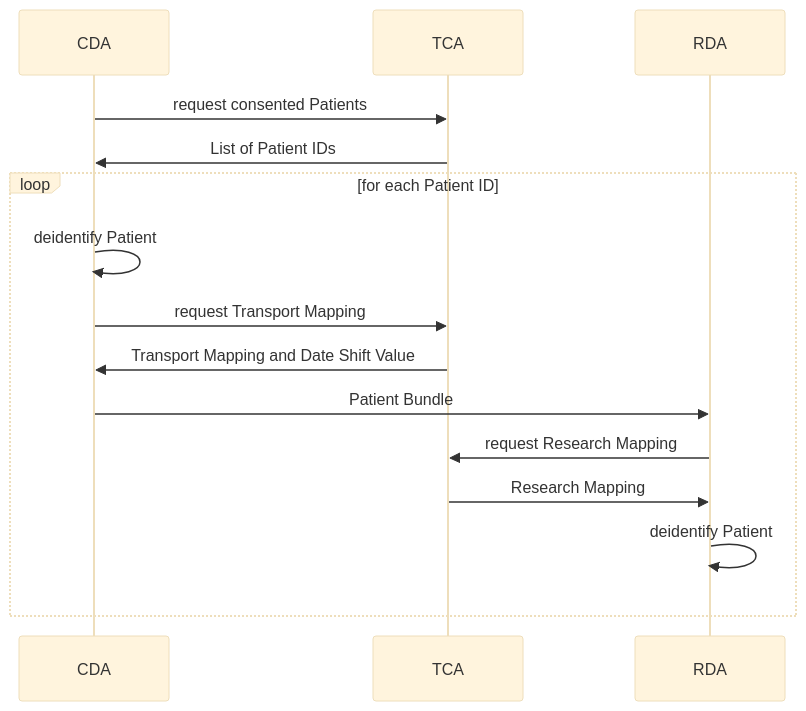
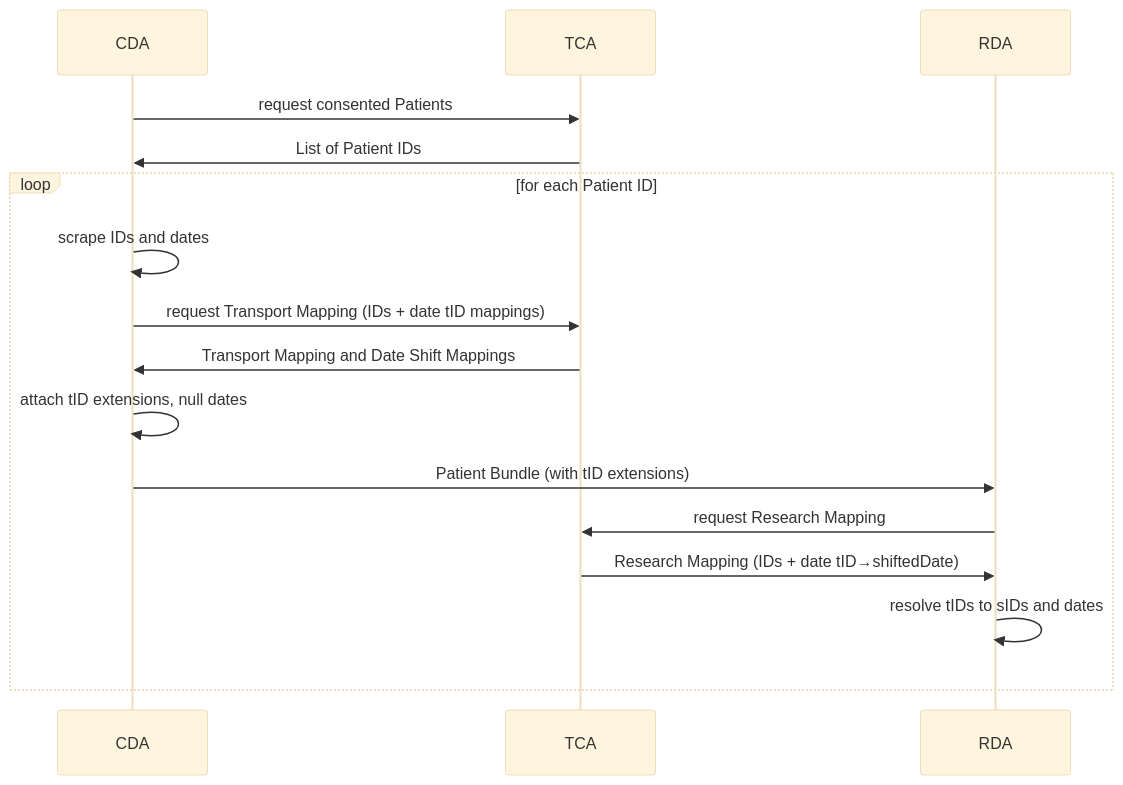
Before and after one commit to medizininformatik-initiative/fts-next: the diagram in docs/usage.md, drawn with Mermaid (base theme). The commit also changed 8 other files, not shown here.

First line of the commit message:
Refactor: Consolidate Date Shift Constants

````diff
--- a/docs/usage.md
+++ b/docs/usage.md
@@ -22,15 +22,16 @@
 ```mermaid
 sequenceDiagram
     CDA ->> TCA: request consented Patients
     TCA ->> CDA: List of Patient IDs
 
     loop for each Patient ID
-        CDA ->> CDA: deidentify Patient
-        CDA ->> TCA: request Transport Mapping
-        TCA ->> CDA: Transport Mapping and Date Shift Value
-        CDA ->> RDA: Patient Bundle
+        CDA ->> CDA: scrape IDs and dates
+        CDA ->> TCA: request Transport Mapping (IDs + date tID mappings)
+        TCA ->> CDA: Transport Mapping and Date Shift Mappings
+        CDA ->> CDA: attach tID extensions, null dates
+        CDA ->> RDA: Patient Bundle (with tID extensions)
         RDA ->> TCA: request Research Mapping
-        TCA ->> RDA: Research Mapping
-        RDA ->> RDA: deidentify Patient
+        TCA ->> RDA: Research Mapping (IDs + date tID→shiftedDate)
+        RDA ->> RDA: resolve tIDs to sIDs and dates
     end
 ```
````
